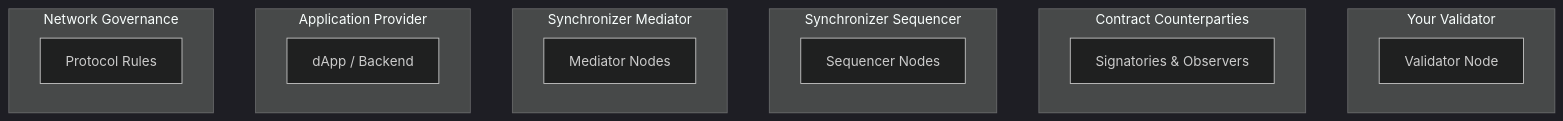
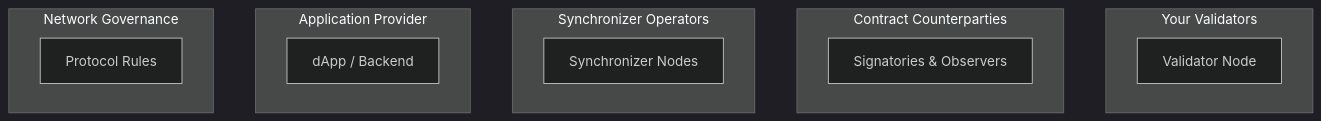
Before and after one commit to canton-network/cf-docs: the diagram in docs-main/overview/learn/trust-model.mdx, drawn with Mermaid (dark theme). The commit also changed other lines of this file, not shown here.

````diff
--- a/docs-main/overview/learn/trust-model.mdx
+++ b/docs-main/overview/learn/trust-model.mdx
@@ -16,26 +16,22 @@
 ```mermaid
 flowchart TB
-    subgraph TD1[Your Validator]
+    subgraph TD1[Your Validators]
         V[Validator Node]
     end
 
     subgraph TD2[Contract Counterparties]
         CP[Signatories & Observers]
     end
 
-    subgraph TD3[Synchronizer Sequencer]
-        SEQ[Sequencer Nodes]
-    end
-
-    subgraph TD4[Synchronizer Mediator]
-        MED[Mediator Nodes]
+    subgraph TD3[Synchronizer Operators]
+        SEQ[Synchronizer Nodes]
     end
 
     subgraph TD5[Application Provider]
         APP[dApp / Backend]
     end
 
     subgraph TD6[Network Governance]
         GOV[Protocol Rules]
     end
 ```
````
